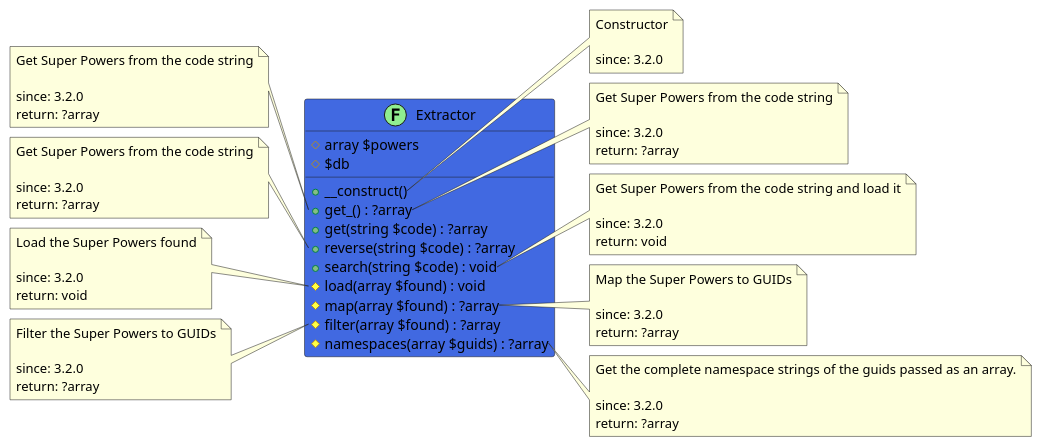
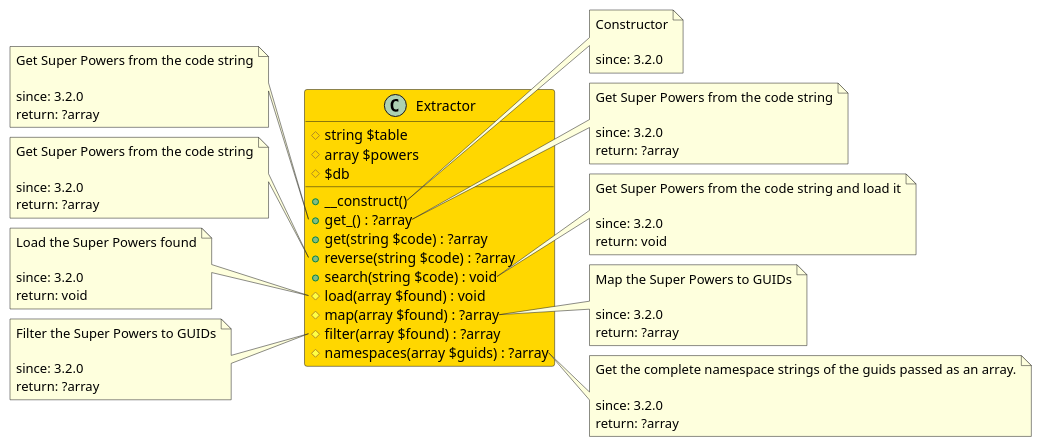
Before and after one commit to joomengine/jcb-compiler: the diagram in src/eeb03266-22fd-45bb-953a-961bb6be3a54/README.md, drawn with PlantUML. The commit also changed other lines of this file and 117 other files, not shown here.

````diff
--- a/src/eeb03266-22fd-45bb-953a-961bb6be3a54/README.md
+++ b/src/eeb03266-22fd-45bb-953a-961bb6be3a54/README.md
@@ -11,80 +11,81 @@
 ```uml
 @startuml
-class Extractor << (F,LightGreen) >> #RoyalBlue {
+class Extractor  #Gold {
+  # string $table
   # array $powers
   # $db
   + __construct()
   + get_() : ?array
   + get(string $code) : ?array
   + reverse(string $code) : ?array
   + search(string $code) : void
   # load(array $found) : void
   # map(array $found) : ?array
   # filter(array $found) : ?array
   # namespaces(array $guids) : ?array
 }
 
 note right of Extractor::__construct
   Constructor
 
   since: 3.2.0
 end note
 
 note left of Extractor::get_
   Get Super Powers from the code string
 
   since: 3.2.0
   return: ?array
 end note
 
 note right of Extractor::get
   Get Super Powers from the code string
 
   since: 3.2.0
   return: ?array
 end note
 
 note left of Extractor::reverse
   Get Super Powers from the code string
 
   since: 3.2.0
   return: ?array
 end note
 
 note right of Extractor::search
   Get Super Powers from the code string and load it
 
   since: 3.2.0
   return: void
 end note
 
 note left of Extractor::load
   Load the Super Powers found
 
   since: 3.2.0
   return: void
 end note
 
 note right of Extractor::map
   Map the Super Powers to GUIDs
 
   since: 3.2.0
   return: ?array
 end note
 
 note left of Extractor::filter
   Filter the Super Powers to GUIDs
 
   since: 3.2.0
   return: ?array
 end note
 
 note right of Extractor::namespaces
   Get the complete namespace strings of the guids passed as an array.
 
   since: 3.2.0
   return: ?array
 end note
  
 @enduml
 ```
````
